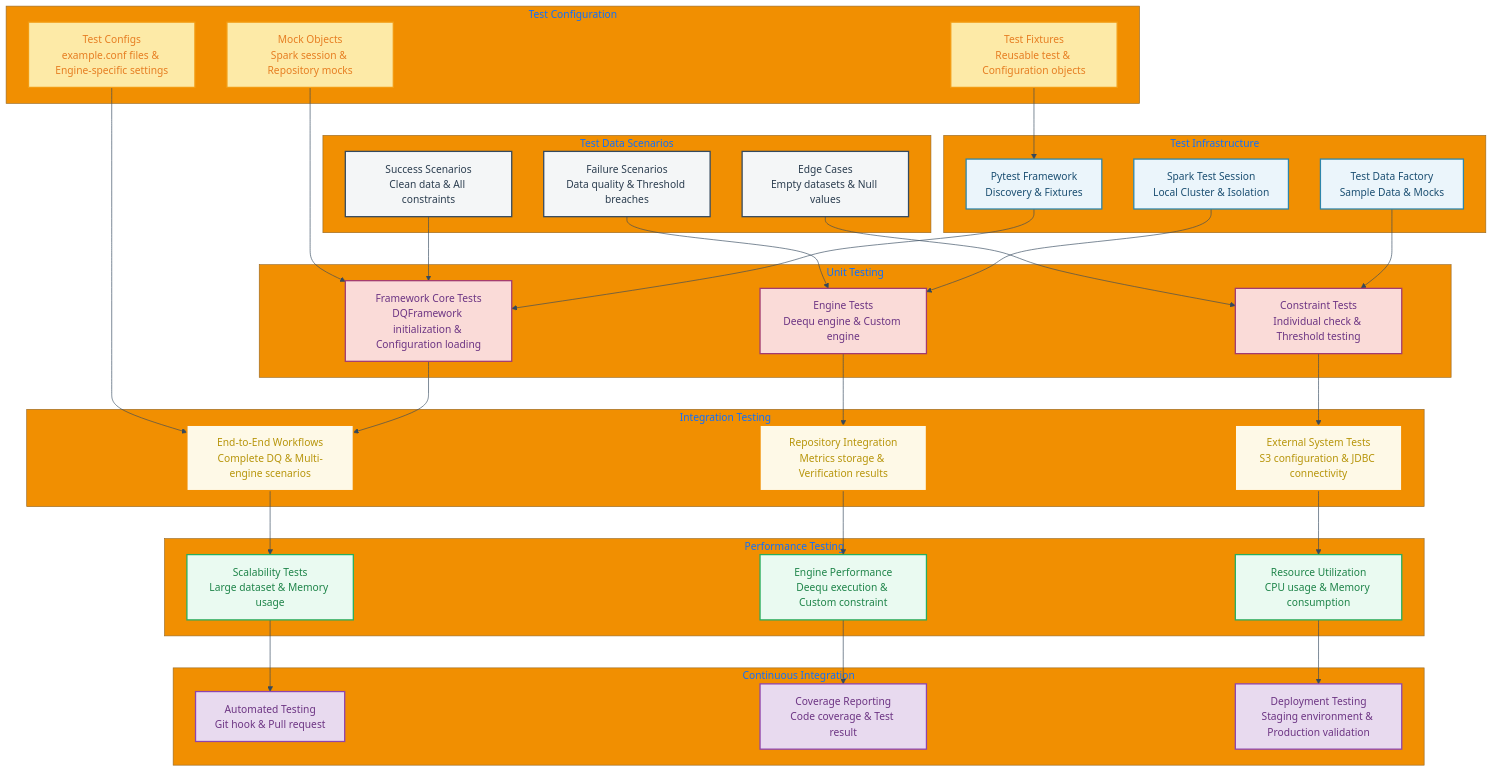
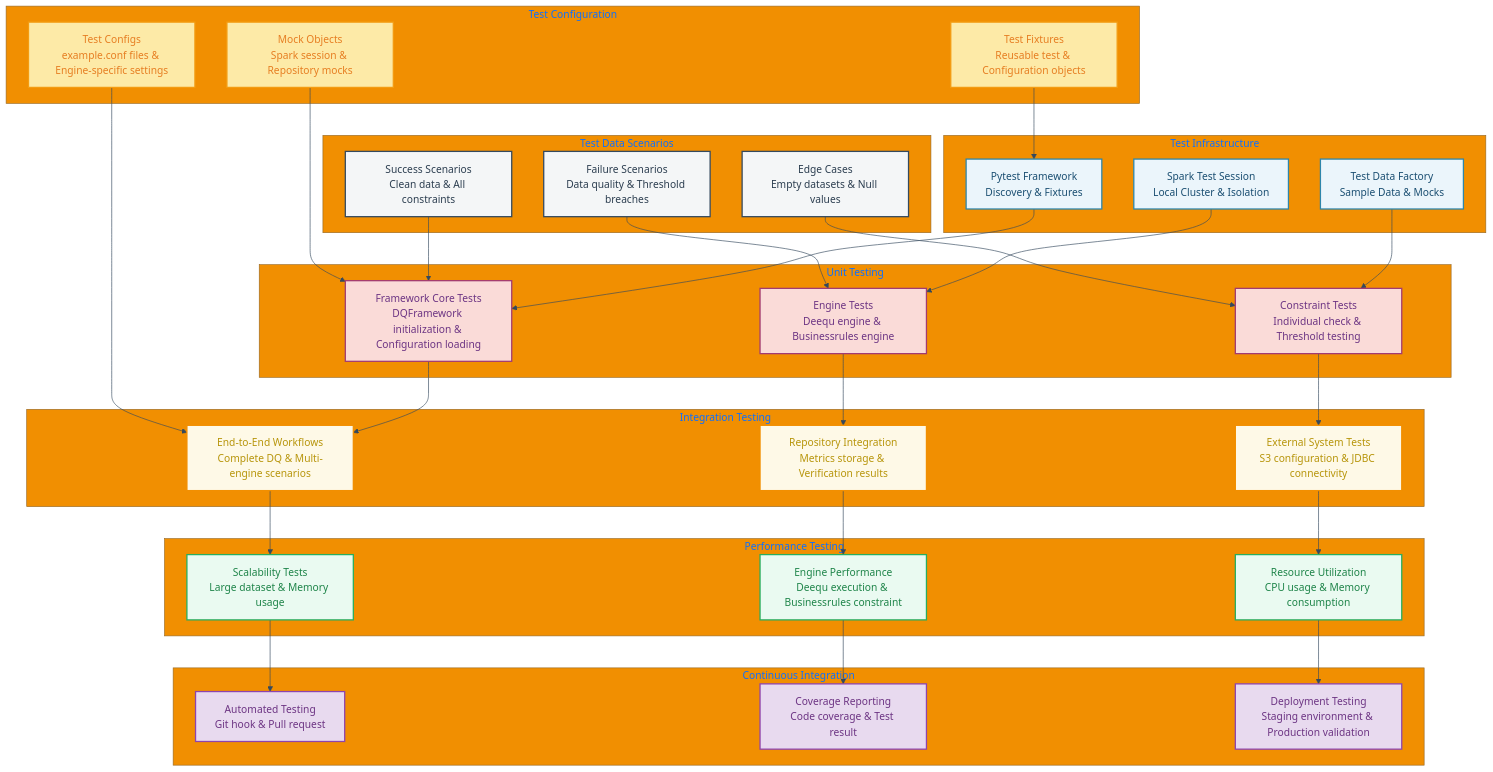
The diagram in docs/diagrams/testing-strategy.mmd (anvai-labs/dq-kernel), drawn with Mermaid before and after one commit. The commit also changed 26 other files, not shown here.

```diff
--- a/docs/diagrams/testing-strategy.mmd
+++ b/docs/diagrams/testing-strategy.mmd
@@ -1,85 +1,85 @@
 %%{init: {'theme':'base', 'themeVariables': { 'primaryColor': '#2E86AB', 'primaryTextColor': '#FFFFFF', 'primaryBorderColor': '#1B4F72', 'lineColor': '#34495E', 'secondaryColor': '#A23B72', 'tertiaryColor': '#F18F01', 'background': '#FFFFFF', 'mainBkg': '#EBF5FB', 'secondBkg': '#FADBD8', 'tertiaryBkg': '#FEF9E7'}}}%%
 graph TB
     subgraph Test Infrastructure
         TI1[Pytest Framework<br/>Discovery & Fixtures]
         TI2[Spark Test Session<br/>Local Cluster & Isolation]
         TI3[Test Data Factory<br/>Sample Data & Mocks]
     end
     
     subgraph Unit Testing
         UT1[Framework Core Tests<br/>DQFramework initialization & Configuration loading]
-        UT2[Engine Tests<br/>Deequ engine & Custom engine]
+        UT2[Engine Tests<br/>Deequ engine & Businessrules engine]
         UT3[Constraint Tests<br/>Individual check & Threshold testing]
     end
     
     subgraph Integration Testing
         IT1[End-to-End Workflows<br/>Complete DQ & Multi-engine scenarios]
         IT2[Repository Integration<br/>Metrics storage & Verification results]
         IT3[External System Tests<br/>S3 configuration & JDBC connectivity]
     end
     
     subgraph Performance Testing
         PT1[Scalability Tests<br/>Large dataset & Memory usage]
-        PT2[Engine Performance<br/>Deequ execution & Custom constraint]
+        PT2[Engine Performance<br/>Deequ execution & Businessrules constraint]
         PT3[Resource Utilization<br/>CPU usage & Memory consumption]
     end
     
     subgraph Test Data Scenarios
         TDS1[Success Scenarios<br/>Clean data & All constraints]
         TDS2[Failure Scenarios<br/>Data quality & Threshold breaches]
         TDS3[Edge Cases<br/>Empty datasets & Null values]
     end
     
     subgraph Test Configuration
         TC1[Test Configs<br/>example.conf files & Engine-specific settings]
         TC2[Mock Objects<br/>Spark session & Repository mocks]
         TC3[Test Fixtures<br/>Reusable test & Configuration objects]
     end
     
     subgraph Continuous Integration
         CI1[Automated Testing<br/>Git hook & Pull request]
         CI2[Coverage Reporting<br/>Code coverage & Test result]
         CI3[Deployment Testing<br/>Staging environment & Production validation]
     end
     
     %% Test flow connections
     TI1 --> UT1
     TI2 --> UT2
     TI3 --> UT3
     
     UT1 --> IT1
     UT2 --> IT2
     UT3 --> IT3
     
     IT1 --> PT1
     IT2 --> PT2
     IT3 --> PT3
     
     TDS1 --> UT1
     TDS2 --> UT2
     TDS3 --> UT3
     
     TC1 --> IT1
     TC2 --> UT1
     TC3 --> TI1
     
     PT1 --> CI1
     PT2 --> CI2
     PT3 --> CI3
     
     %% Styling
     classDef infrastructure fill:#EBF5FB,stroke:#2E86AB,stroke-width:2px,color:#1B4F72
     classDef unitTest fill:#FADBD8,stroke:#A23B72,stroke-width:2px,color:#6C3483
     classDef integrationTest fill:#FEF9E7,stroke:#F18F01,stroke-width:2px,color:#B7950B
     classDef performanceTest fill:#EAFAF1,stroke:#27AE60,stroke-width:2px,color:#1E8449
     classDef testData fill:#F4F6F7,stroke:#34495E,stroke-width:2px,color:#2C3E50
     classDef testConfig fill:#FDEAA7,stroke:#F39C12,stroke-width:2px,color:#E67E22
     classDef ciStyle fill:#E8DAEF,stroke:#8E44AD,stroke-width:2px,color:#6C3483
     
     class TI1,TI2,TI3 infrastructure
     class UT1,UT2,UT3 unitTest
     class IT1,IT2,IT3 integrationTest
     class PT1,PT2,PT3 performanceTest
     class TDS1,TDS2,TDS3 testData
     class TC1,TC2,TC3 testConfig
     class CI1,CI2,CI3 ciStyle
```
